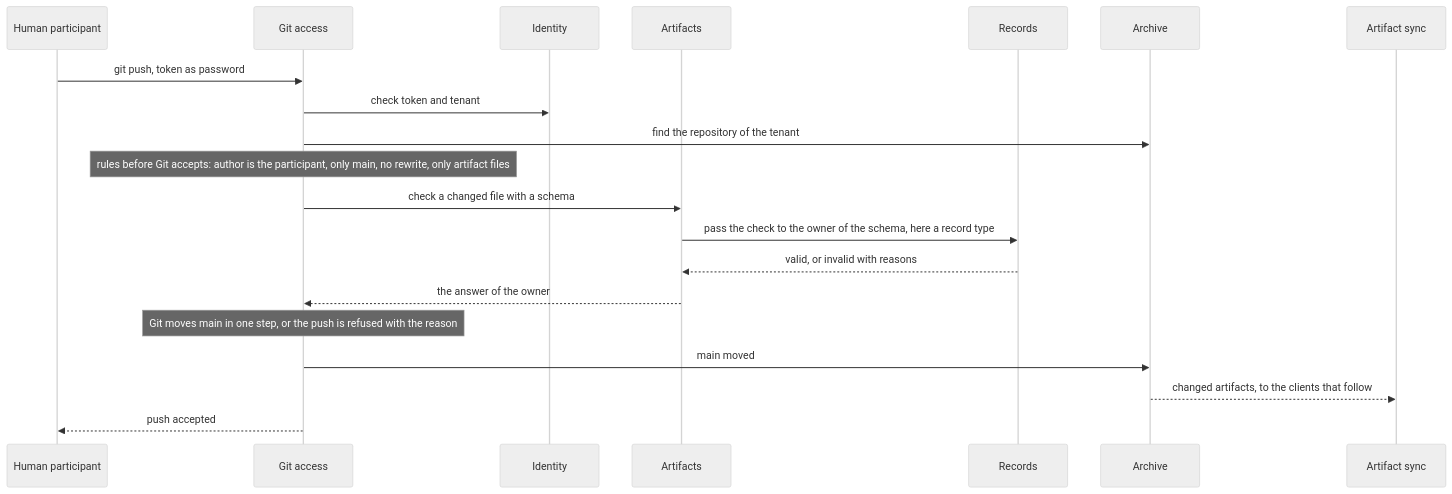
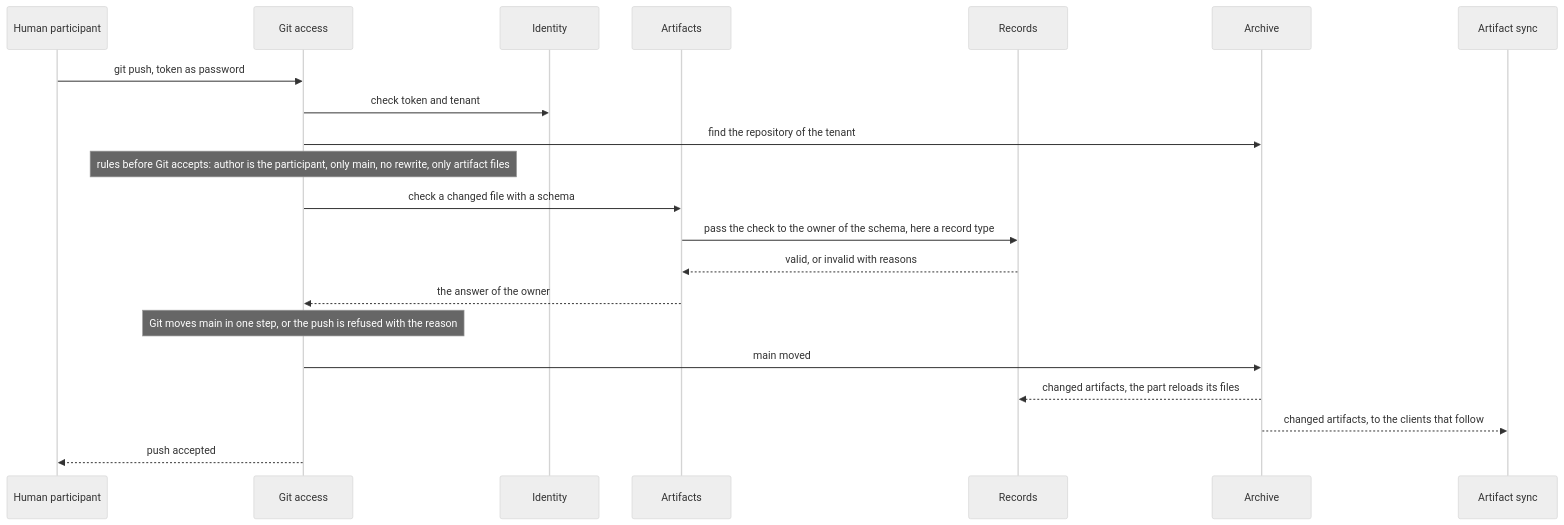
Before and after one commit to mrsimpson/agentic-office: the ninth of 15 diagrams in docs/architecture/06-runtime-view.arc42.md, drawn with Mermaid (neutral theme). The commit also changed 5 other files, not shown here.

First line of the commit message:
docs(architecture): the parts reload their files when the archive reports a change

````diff
--- a/docs/architecture/06-runtime-view.arc42.md
+++ b/docs/architecture/06-runtime-view.arc42.md
@@ -379,22 +379,23 @@
 ```mermaid
 sequenceDiagram
     participant actor_human as Human participant
     participant bb_git_access as Git access
     participant bb_identity as Identity
     participant bb_artifacts as Artifacts
     participant bb_records as Records
     participant bb_archive as Archive
     participant bb_sync as Artifact sync
     actor_human->>bb_git_access: git push, token as password
     bb_git_access->>bb_identity: check token and tenant
     bb_git_access->>bb_archive: find the repository of the tenant
     Note over bb_git_access: rules before Git accepts: author is the participant, only main, no rewrite, only artifact files
     bb_git_access->>bb_artifacts: check a changed file with a schema
     bb_artifacts->>bb_records: pass the check to the owner of the schema, here a record type
     bb_records-->>bb_artifacts: valid, or invalid with reasons
     bb_artifacts-->>bb_git_access: the answer of the owner
     Note over bb_git_access: Git moves main in one step, or the push is refused with the reason
     bb_git_access->>bb_archive: main moved
+    bb_archive-->>bb_records: changed artifacts, the part reloads its files
     bb_archive-->>bb_sync: changed artifacts, to the clients that follow
     bb_git_access-->>actor_human: push accepted
 ```
````
